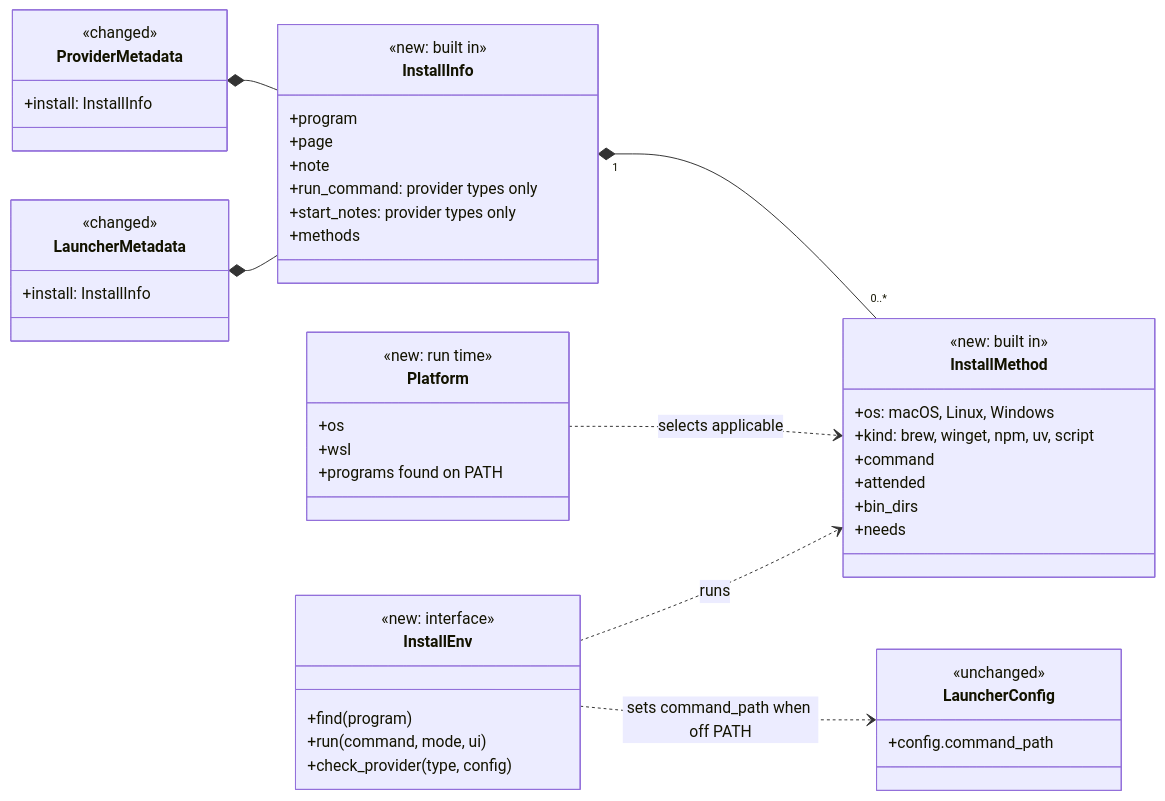
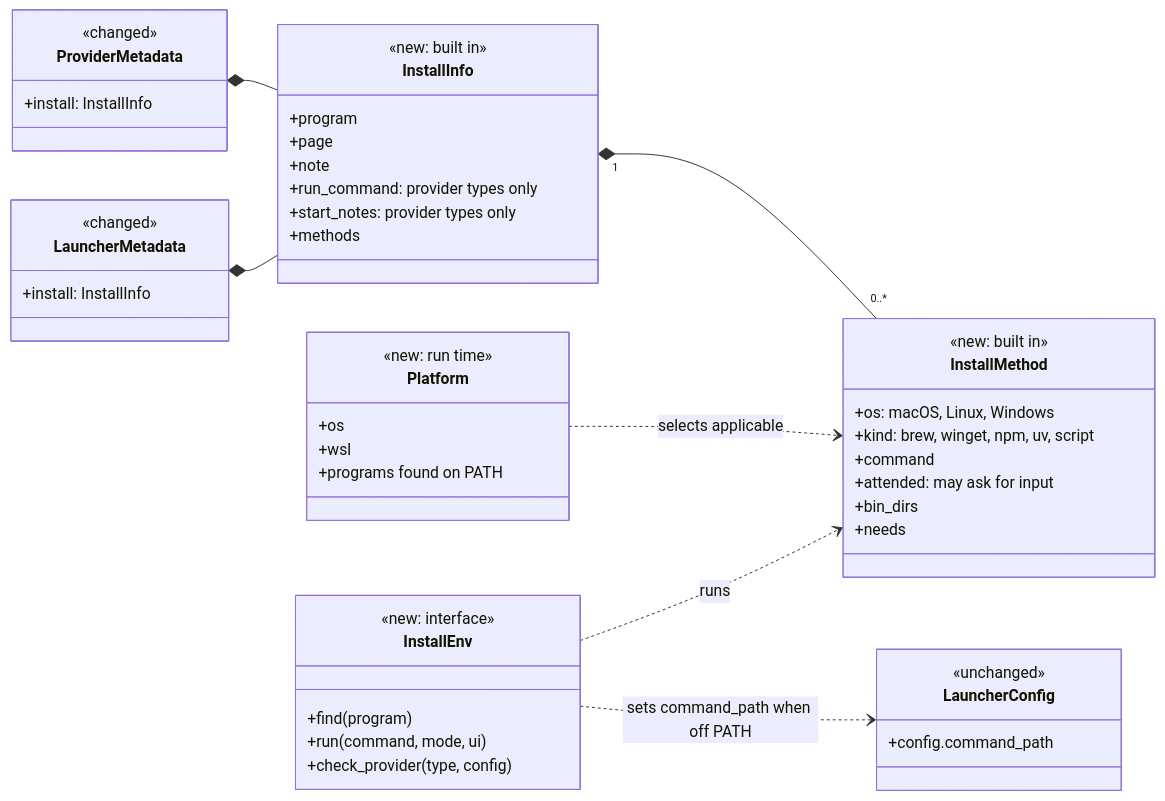
Before and after one commit to Fineturkey/granite-cli: the third of 4 diagrams in docs/specs/0028-from-scratch-setup.md, drawn with Mermaid. The commit also changed other lines of this file, not shown here.

````diff
--- a/docs/specs/0028-from-scratch-setup.md
+++ b/docs/specs/0028-from-scratch-setup.md
@@ -720,52 +701,52 @@
 ```mermaid
 classDiagram
   direction LR
   class ProviderMetadata {
     <<changed>>
     +install: InstallInfo
   }
   class LauncherMetadata {
     <<changed>>
     +install: InstallInfo
   }
   class InstallInfo {
     <<new: built in>>
     +program
     +page
     +note
     +run_command: provider types only
     +start_notes: provider types only
     +methods
   }
   class InstallMethod {
     <<new: built in>>
     +os: macOS, Linux, Windows
     +kind: brew, winget, npm, uv, script
     +command
-    +attended
+    +attended: may ask for input
     +bin_dirs
     +needs
   }
   class Platform {
     <<new: run time>>
     +os
     +wsl
     +programs found on PATH
   }
   class InstallEnv {
     <<new: interface>>
     +find(program)
     +run(command, mode, ui)
     +check_provider(type, config)
   }
   class LauncherConfig {
     <<unchanged>>
     +config.command_path
   }
   ProviderMetadata *-- InstallInfo
   LauncherMetadata *-- InstallInfo
   InstallInfo "1" *-- "0..*" InstallMethod
   Platform ..> InstallMethod : selects applicable
   InstallEnv ..> InstallMethod : runs
   InstallEnv ..> LauncherConfig : sets command_path when off PATH
 ```
````
